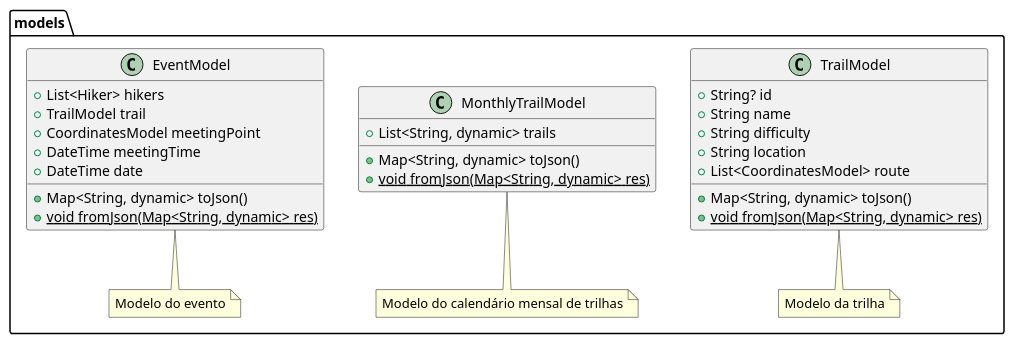
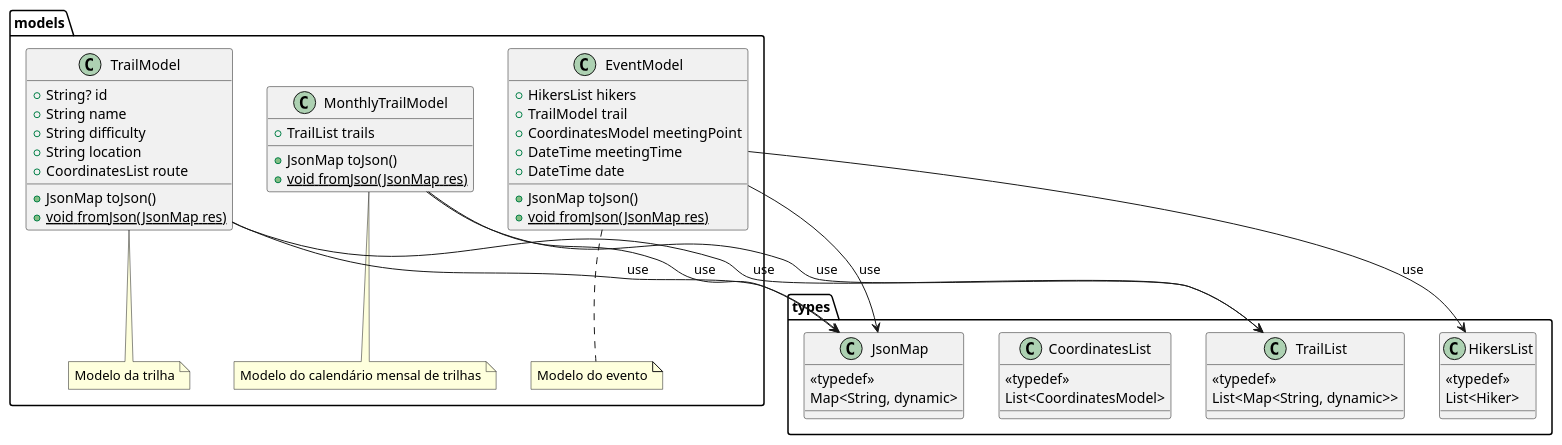
One commit to tiagors09/pe_na_pedra changed the diagram in docs/diagrams/src/pe_na_pedra_class_diagram_2.plantuml. Above: the diagram before and after it, drawn with PlantUML.

Commit message:
refactor: :recycle: add JsonMap, TrailList, CoordinatesList, HikersList typedef

```diff
--- a/docs/diagrams/src/pe_na_pedra_class_diagram_2.plantuml
+++ b/docs/diagrams/src/pe_na_pedra_class_diagram_2.plantuml
@@ -1,37 +1,69 @@
 @startuml pe_na_pedra_class_diagram_2
+package types {
+  class JsonMap {
+    <<typedef>>
+    Map<String, dynamic>
+  }
+
+  class TrailList {
+    <<typedef>>
+    List<Map<String, dynamic>>
+  }
+
+  class CoordinatesList {
+    <<typedef>>
+    List<CoordinatesModel>
+  }
+
+  class HikersList {
+    <<typedef>>
+    List<Hiker>
+  }
+}
+
 package models {
   note "Modelo da trilha" as N3
   note "Modelo do calendário mensal de trilhas" as N4
   note "Modelo do evento" as N5
 
   class TrailModel {
     + String? id
     + String name
     + String difficulty
     + String location
-    + List<CoordinatesModel> route
-    + Map<String, dynamic> toJson()
-    + {static} void fromJson(Map<String, dynamic> res)
+    + CoordinatesList route
+    + JsonMap toJson()
+    + {static} void fromJson(JsonMap res)
   }
 
   class MonthlyTrailModel {
-    + List<String, dynamic> trails
-    + Map<String, dynamic> toJson()
-    + {static} void fromJson(Map<String, dynamic> res)
+    + TrailList trails
+    + JsonMap toJson()
+    + {static} void fromJson(JsonMap res)
   }
 
   class EventModel {
-    + List<Hiker> hikers
+    + HikersList hikers
     + TrailModel trail
     + CoordinatesModel meetingPoint
     + DateTime meetingTime
     + DateTime date
-    + Map<String, dynamic> toJson()
-    + {static} void fromJson(Map<String, dynamic> res)
+    + JsonMap toJson()
+    + {static} void fromJson(JsonMap res)
   }
 
   TrailModel .. N3
   MonthlyTrailModel .. N4
   EventModel .. N5
+
+  EventModel --> JsonMap : use
+  MonthlyTrailModel --> JsonMap : use
+  TrailModel --> JsonMap : use
+
+  MonthlyTrailModel --> TrailList : use
+
+  TrailModel --> TrailList : use
+
+  EventModel --> HikersList : use
 }
 @enduml
```
